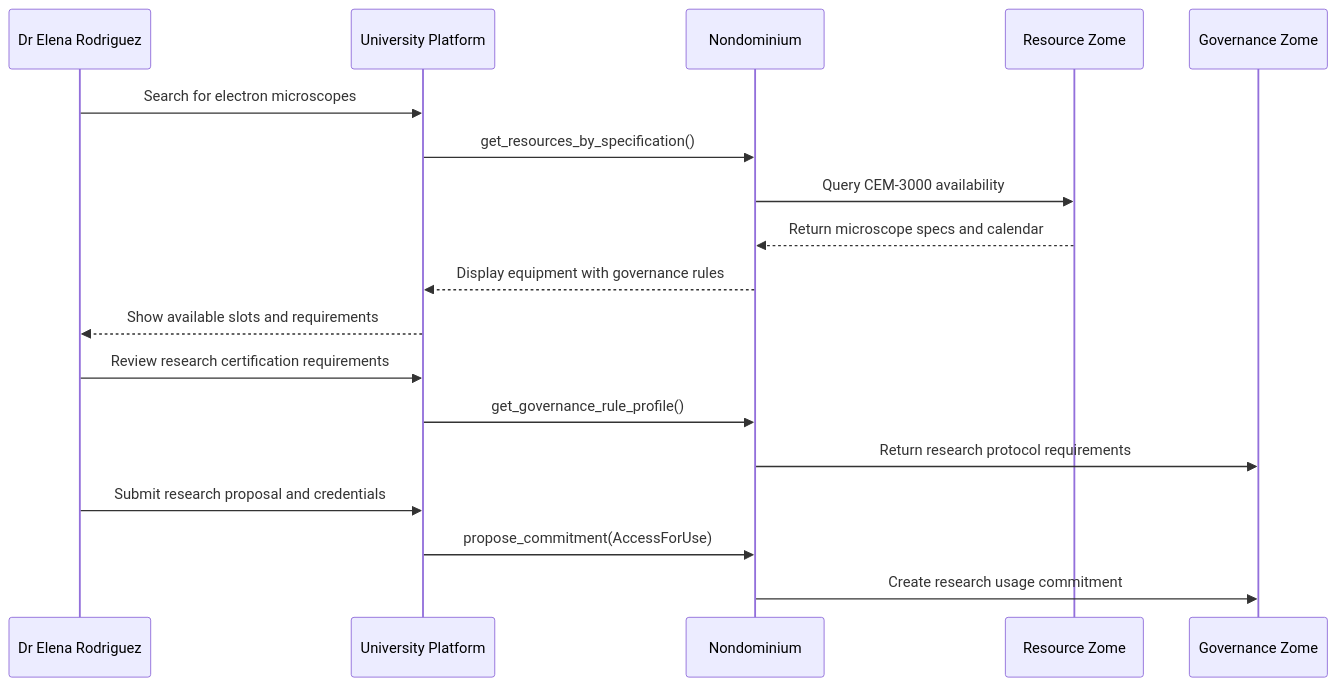
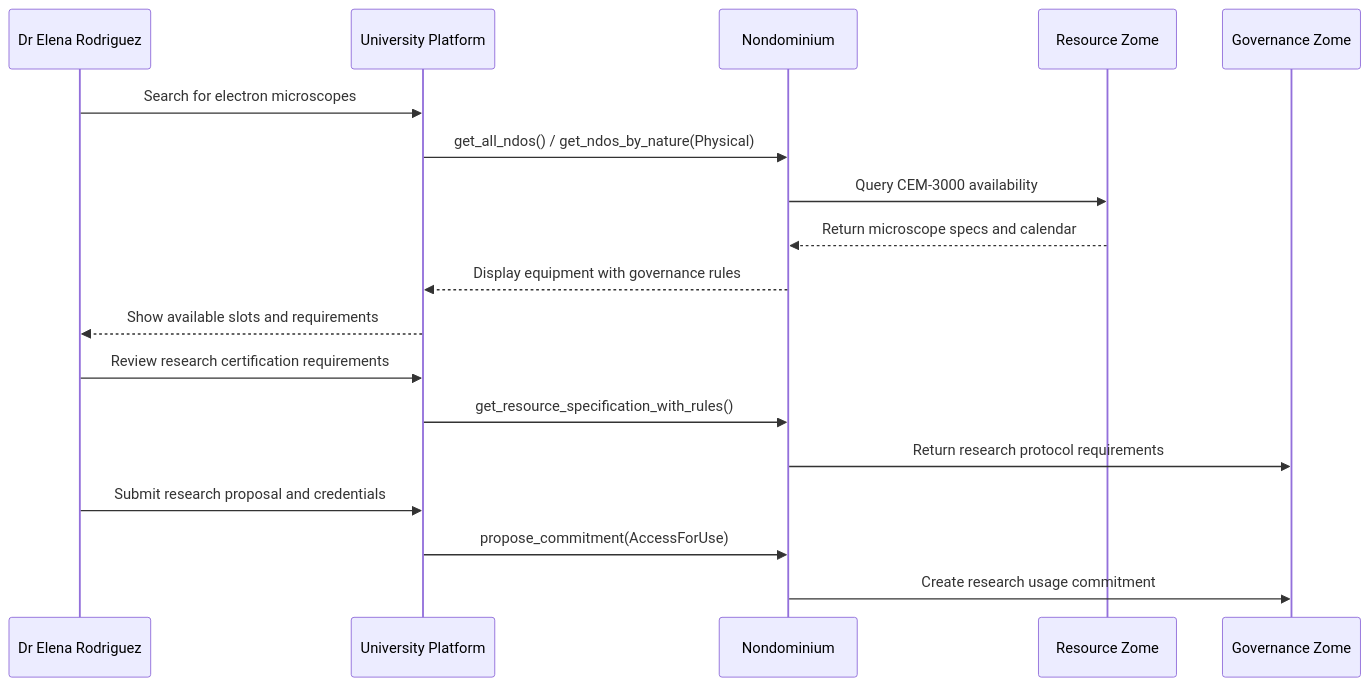
Before and after one commit to Sensorica/nondominium: the third of 11 diagrams in documentation/Applications/user-story/user-story-open-science.md, drawn with Mermaid. The commit also changed other lines of this file and 99 other files, not shown here.

````diff
--- a/documentation/Applications/user-story/user-story-open-science.md
+++ b/documentation/Applications/user-story/user-story-open-science.md
@@ -93,22 +108,22 @@
 ```mermaid
 sequenceDiagram
     participant Elena as Dr Elena Rodriguez
     participant Platform as University Platform
     participant ND as Nondominium
     participant Res as Resource Zome
     participant Gov as Governance Zome
 
     Elena->>Platform: Search for electron microscopes
-    Platform->>ND: get_resources_by_specification()
+    Platform->>ND: get_all_ndos() / get_ndos_by_nature(Physical)
     ND->>Res: Query CEM-3000 availability
     Res-->>ND: Return microscope specs and calendar
     ND-->>Platform: Display equipment with governance rules
     Platform-->>Elena: Show available slots and requirements
 
     Elena->>Platform: Review research certification requirements
-    Platform->>ND: get_governance_rule_profile()
+    Platform->>ND: get_resource_specification_with_rules()
     ND->>Gov: Return research protocol requirements
     Elena->>Platform: Submit research proposal and credentials
     Platform->>ND: propose_commitment(AccessForUse)
     ND->>Gov: Create research usage commitment
 ```
````
